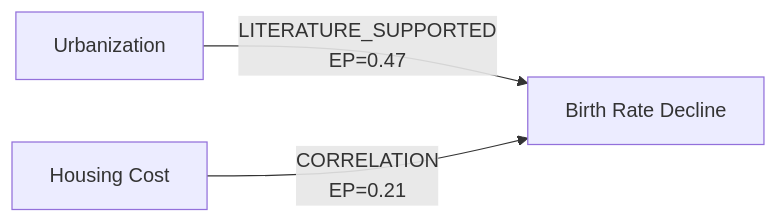
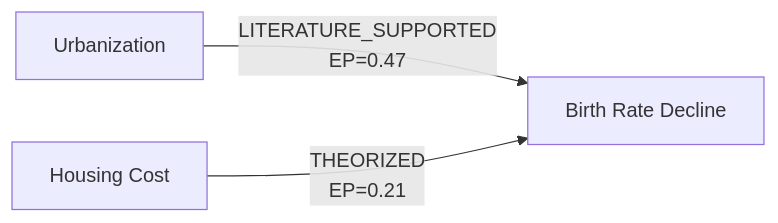
One commit to xinzhuwang-wxz/OpenPE changed the diagram in src/templates/phase0_claude.md. Above: the diagram before and after it, drawn with Mermaid. The commit also changed 10 other files, not shown here.

````diff
--- a/src/templates/phase0_claude.md
+++ b/src/templates/phase0_claude.md
@@ -162,5 +162,5 @@
    ```mermaid
    graph LR
      A[Urbanization] -->|LITERATURE_SUPPORTED<br>EP=0.47| B[Birth Rate Decline]
-     C[Housing Cost] -->|CORRELATION<br>EP=0.21| B
+     C[Housing Cost] -->|THEORIZED<br>EP=0.21| B
    ```
````
